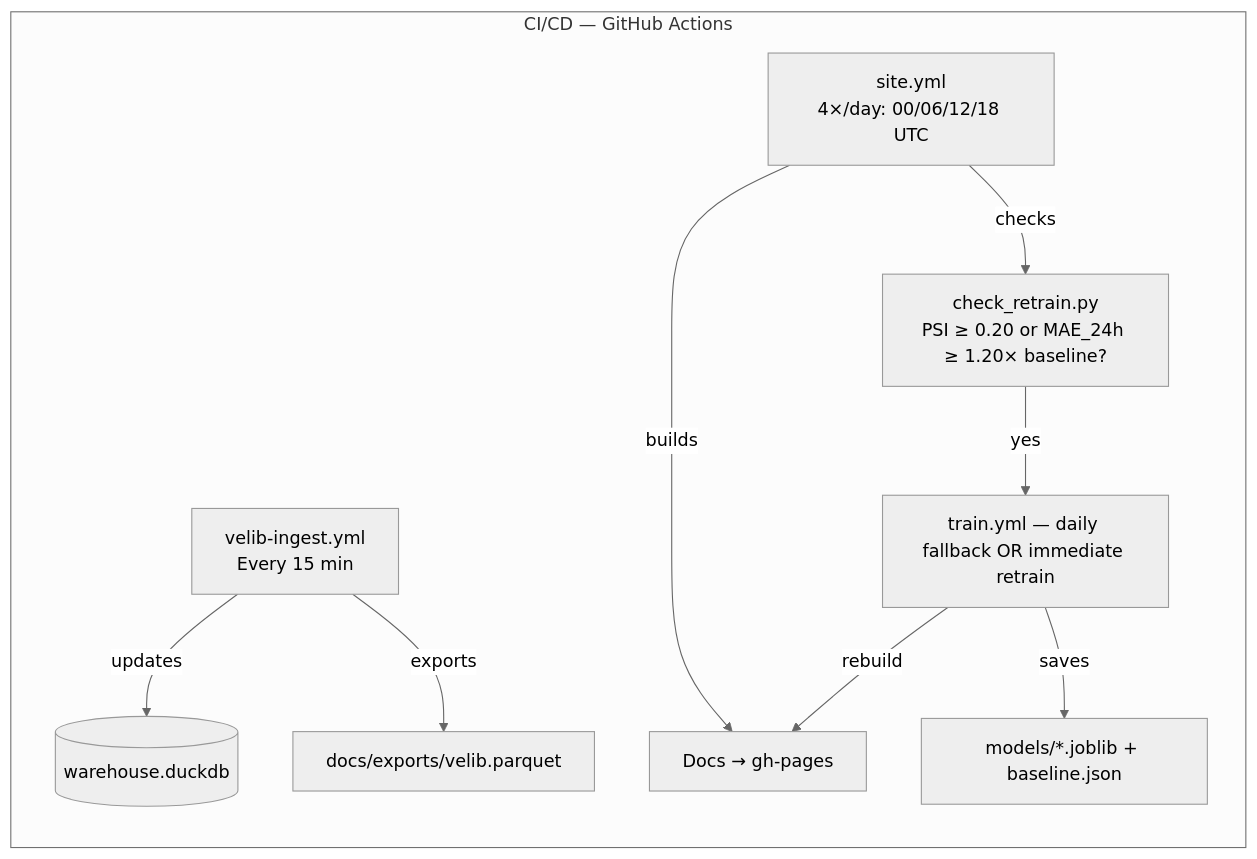
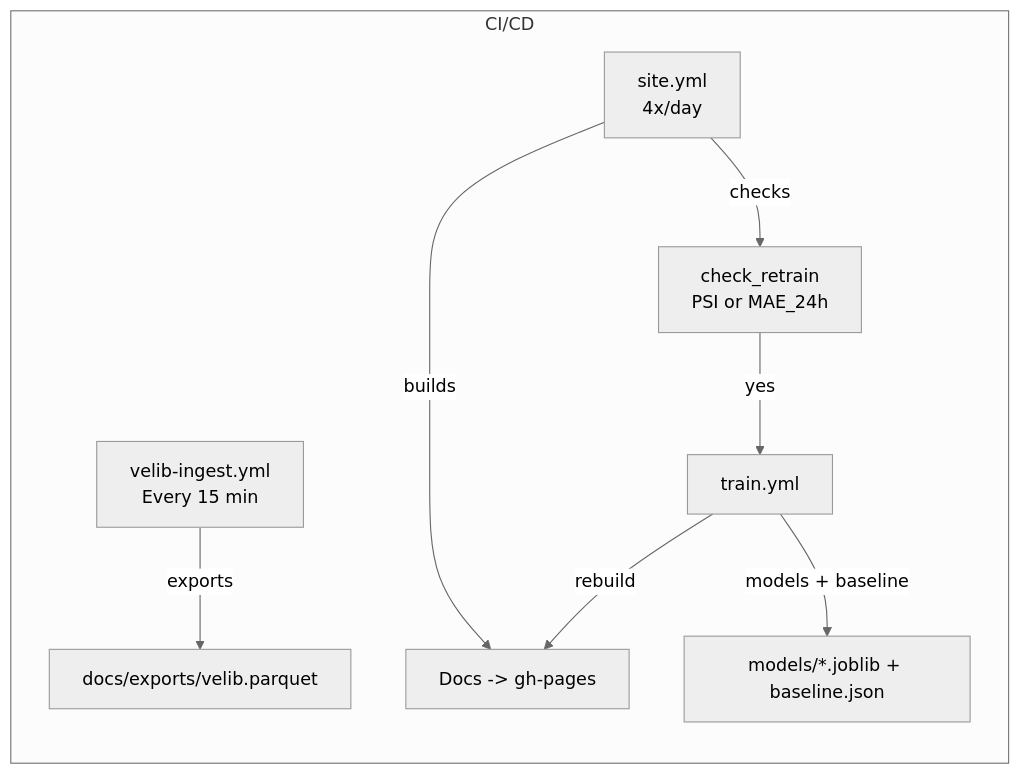
The second of 2 diagrams in README.md (Adrien-1997/bike-forecast-paris-velib), drawn with Mermaid (neutral theme) before and after one commit. The commit also changed other lines of this file, not shown here.

````diff
--- a/README.md
+++ b/README.md
@@ -143,13 +139,11 @@
 ```mermaid
 flowchart LR
-  subgraph CI[CI/CD — GitHub Actions]
-    I[velib-ingest.yml\nEvery 15 min] -->|updates| B[(warehouse.duckdb)]
-    I -->|exports| D[docs/exports/velib.parquet]
-
-    S[site.yml\n4×/day: 00/06/12/18 UTC] -->|builds| M[Docs → gh-pages]
-    S -->|checks| T[check_retrain.py\nPSI ≥ 0.20 or MAE_24h ≥ 1.20× baseline?]
-    T -->|yes| R[train.yml — daily fallback OR immediate retrain]
-    R -->|saves| J[models/*.joblib + baseline.json]
+  subgraph CI[CI/CD]
+    I[velib-ingest.yml\nEvery 15 min] -->|exports| D[docs/exports/velib.parquet]
+    S[site.yml\n4x/day] -->|builds| M[Docs -> gh-pages]
+    S -->|checks| T[check_retrain\nPSI or MAE_24h]
+    T -->|yes| R[train.yml]
+    R -->|models + baseline| J[models/*.joblib + baseline.json]
     R -->|rebuild| M
   end
 ```
````
